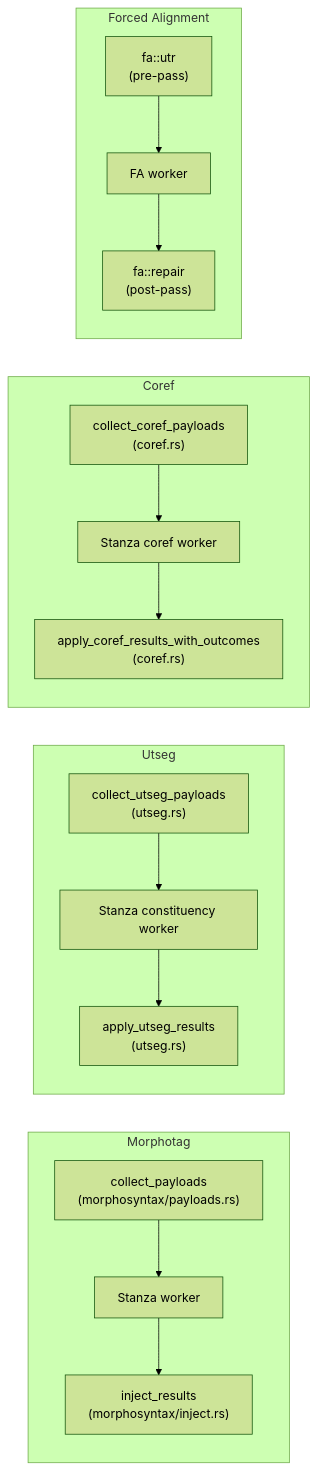
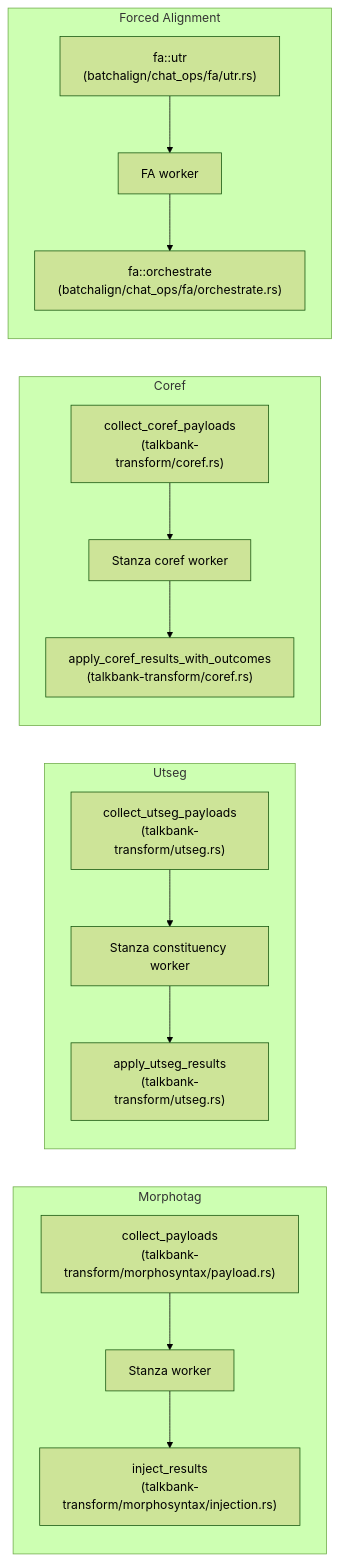
One commit to TalkBank/talkbank-tools changed the first of 8 diagrams in book/src/batchalign/architecture/pipeline-decisions.md. Above: the diagram before and after it, drawn with Mermaid (forest theme). The commit also changed other lines of this file and 246 other files, not shown here.

````diff
--- a/book/src/batchalign/architecture/pipeline-decisions.md
+++ b/book/src/batchalign/architecture/pipeline-decisions.md
@@ -35,19 +35,19 @@
 ```mermaid
 flowchart LR
     subgraph Morphotag
-        MP["collect_payloads<br/>(morphosyntax/payloads.rs)"] --> MD["Stanza worker"]
-        MD --> MI["inject_results<br/>(morphosyntax/inject.rs)"]
+        MP["collect_payloads<br/>(talkbank-transform/morphosyntax/payload.rs)"] --> MD["Stanza worker"]
+        MD --> MI["inject_results<br/>(talkbank-transform/morphosyntax/injection.rs)"]
     end
     subgraph Utseg
-        UP["collect_utseg_payloads<br/>(utseg.rs)"] --> UD["Stanza constituency worker"]
-        UD --> UI["apply_utseg_results<br/>(utseg.rs)"]
+        UP["collect_utseg_payloads<br/>(talkbank-transform/utseg.rs)"] --> UD["Stanza constituency worker"]
+        UD --> UI["apply_utseg_results<br/>(talkbank-transform/utseg.rs)"]
     end
     subgraph Coref
-        CP["collect_coref_payloads<br/>(coref.rs)"] --> CD["Stanza coref worker"]
-        CD --> CI["apply_coref_results_with_outcomes<br/>(coref.rs)"]
+        CP["collect_coref_payloads<br/>(talkbank-transform/coref.rs)"] --> CD["Stanza coref worker"]
+        CD --> CI["apply_coref_results_with_outcomes<br/>(talkbank-transform/coref.rs)"]
     end
     subgraph "Forced Alignment"
-        FU["fa::utr<br/>(pre-pass)"] --> FA["FA worker"]
-        FA --> FP["fa::repair<br/>(post-pass)"]
+        FU["fa::utr<br/>(batchalign/chat_ops/fa/utr.rs)"] --> FA["FA worker"]
+        FA --> FP["fa::orchestrate<br/>(batchalign/chat_ops/fa/orchestrate.rs)"]
     end
 ```
````
